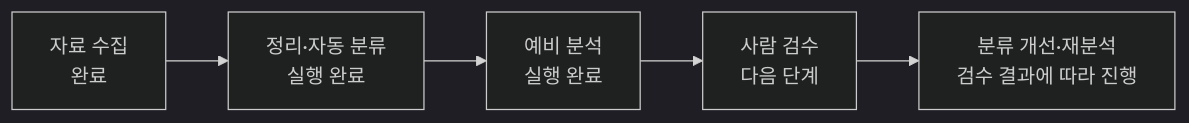
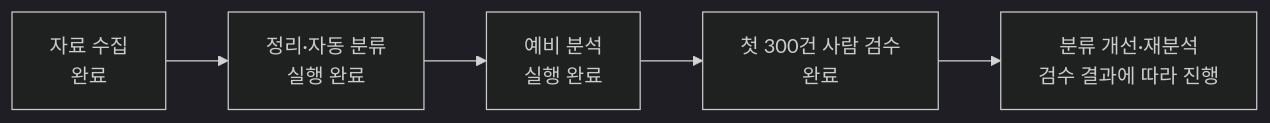
The third of 4 diagrams in 김정기/README.md (devCollegit/social_media_2026), drawn with Mermaid (dark theme) before and after one commit. The commit also changed other lines of this file and 9 other files, not shown here.

````diff
--- a/김정기/README.md
+++ b/김정기/README.md
@@ -81,7 +83,7 @@
 ```mermaid
 flowchart LR
     A["자료 수집<br/>완료"] --> B["정리·자동 분류<br/>실행 완료"]
     B --> C["예비 분석<br/>실행 완료"]
-    C --> D["사람 검수<br/>다음 단계"]
+    C --> D["첫 300건 사람 검수<br/>완료"]
     D --> E["분류 개선·재분석<br/>검수 결과에 따라 진행"]
 ```
````
